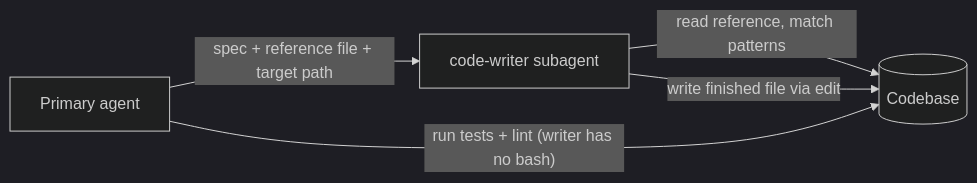
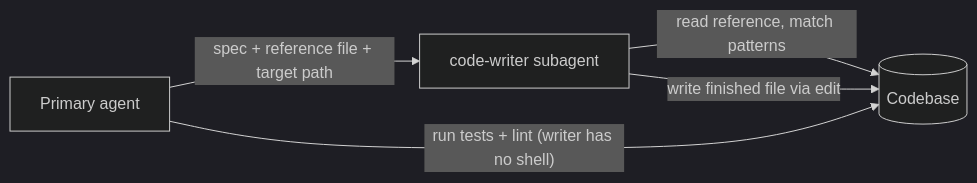
Before and after one commit to jope35/big-little: the second of 2 diagrams in README.md, drawn with Mermaid (dark theme). The commit also changed other lines of this file and 25 other files, not shown here.

````diff
--- a/README.md
+++ b/README.md
@@ -164,11 +179,11 @@
 ```mermaid
 flowchart LR
     primary2["Primary agent"]
     cw["code-writer subagent"]
     code2[("Codebase")]
 
     primary2 -- "spec + reference file + target path" --> cw
     cw -- "read reference, match patterns" --> code2
     cw -- "write finished file via edit" --> code2
-    primary2 -- "run tests + lint (writer has no bash)" --> code2
+    primary2 -- "run tests + lint (writer has no shell)" --> code2
 ```
````
